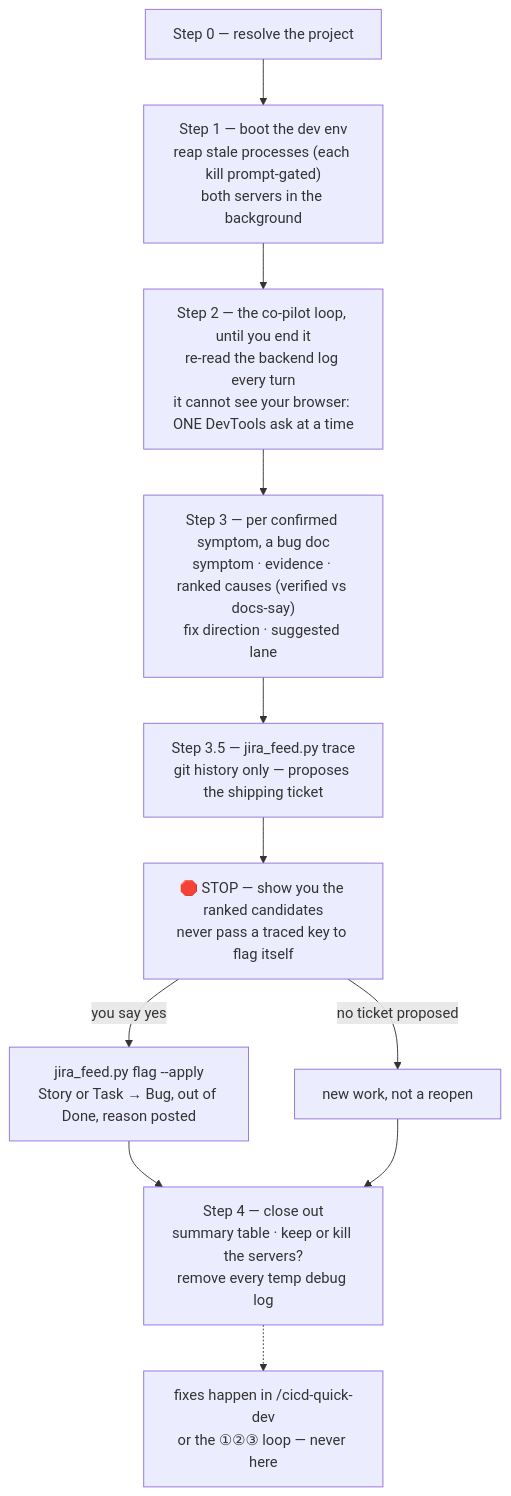
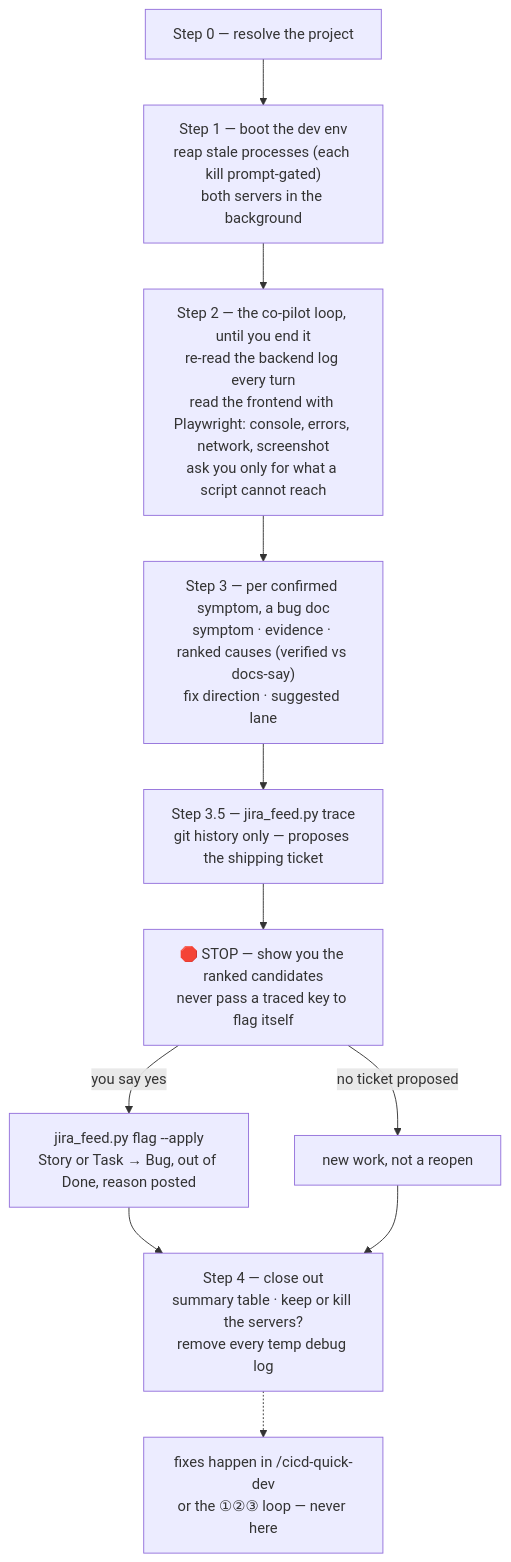
Diagram 41 of 45 in docs/_scc_sops_prds/workflows_testing_SOP.md (sudomadhatter/Sudo_Hatter_Command), drawn with Mermaid before and after one commit. The commit also changed other lines of this file and 19 other files, not shown here.

````diff
--- a/docs/_scc_sops_prds/workflows_testing_SOP.md
+++ b/docs/_scc_sops_prds/workflows_testing_SOP.md
@@ -3883,13 +3897,13 @@
 ```mermaid
 flowchart TD
     S0["Step 0 — resolve the project"] --> S1["Step 1 — boot the dev env\nreap stale processes (each kill prompt-gated)\nboth servers in the background"]
-    S1 --> S2["Step 2 — the co-pilot loop, until you end it\nre-read the backend log every turn\nit cannot see your browser: ONE DevTools ask at a time"]
+    S1 --> S2["Step 2 — the co-pilot loop, until you end it\nre-read the backend log every turn\nread the frontend with Playwright: console, errors, network, screenshot\nask you only for what a script cannot reach"]
     S2 --> S3["Step 3 — per confirmed symptom, a bug doc\nsymptom · evidence · ranked causes (verified vs docs-say)\nfix direction · suggested lane"]
     S3 --> S35["Step 3.5 — jira_feed.py trace\ngit history only — proposes the shipping ticket"]
     S35 --> STOP["🛑 STOP — show you the ranked candidates\nnever pass a traced key to flag itself"]
     STOP -- "you say yes" --> FLAG["jira_feed.py flag --apply\nStory or Task → Bug, out of Done, reason posted"]
     STOP -- "no ticket proposed" --> NEW["new work, not a reopen"]
     FLAG --> S4
     NEW --> S4["Step 4 — close out\nsummary table · keep or kill the servers?\nremove every temp debug log"]
     S4 -.-> FIX["fixes happen in /cicd-quick-dev\nor the ①②③ loop — never here"]
 ```
````
